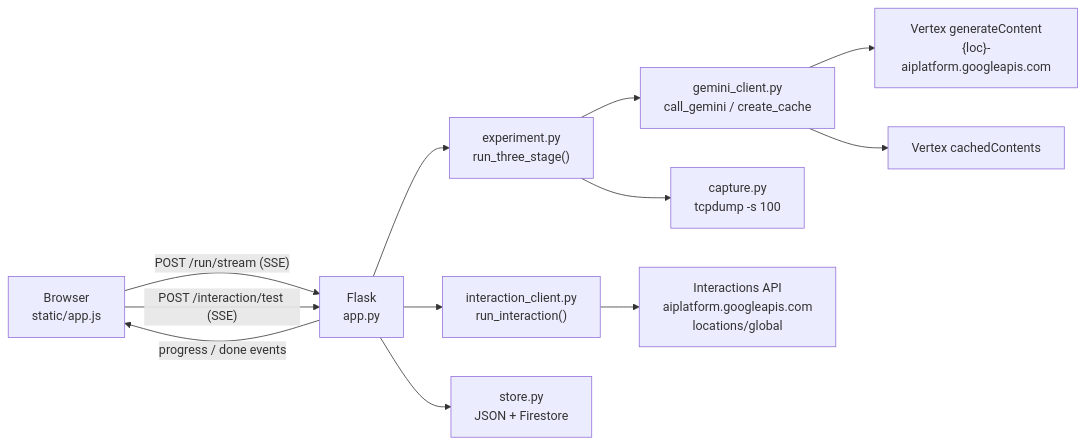
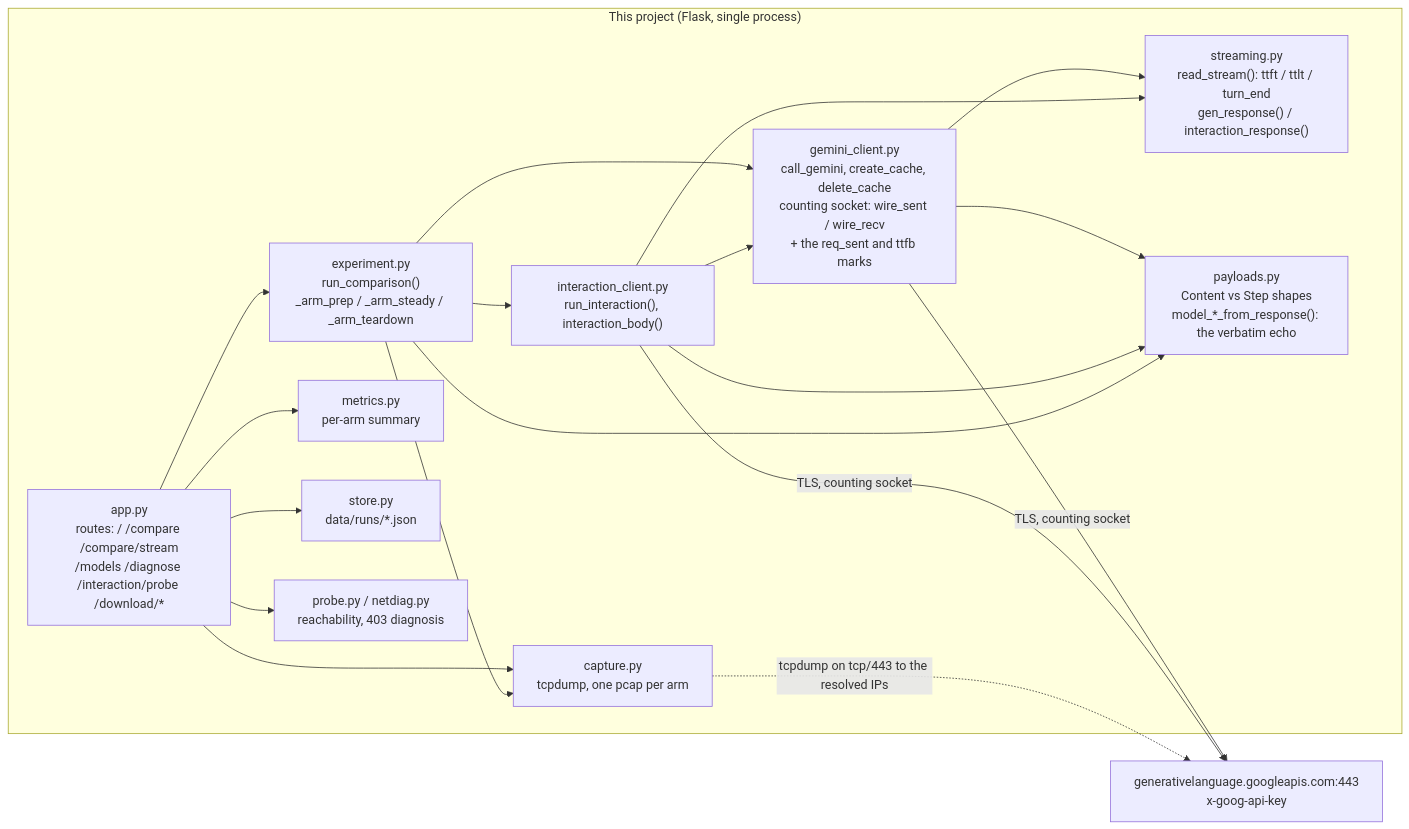
One commit to sangrokhan/remote_work changed the first of 9 diagrams in gemini_token_test/docs/call-flow.md. Above: the diagram before and after it, drawn with Mermaid. The commit also changed other lines of this file and 6 other files, not shown here.

````diff
--- a/gemini_token_test/docs/call-flow.md
+++ b/gemini_token_test/docs/call-flow.md
@@ -14,26 +38,35 @@
 ```mermaid
 flowchart LR
-  UI["Browser<br/>static/app.js"]
-  APP["Flask<br/>app.py"]
-  EXP["experiment.py<br/>run_three_stage()"]
-  GC["gemini_client.py<br/>call_gemini / create_cache"]
-  IC["interaction_client.py<br/>run_interaction()"]
-  CAP["capture.py<br/>tcpdump -s 100"]
-  ST["store.py<br/>JSON + Firestore"]
+    subgraph client["This project (Flask, single process)"]
+        app["app.py<br/>routes: / /compare /compare/stream<br/>/models /diagnose /interaction/probe /download/*"]
+        exp["experiment.py<br/>run_comparison()<br/>_arm_prep / _arm_steady / _arm_teardown"]
+        gc["gemini_client.py<br/>call_gemini, create_cache, delete_cache<br/>counting socket: wire_sent / wire_recv<br/>+ the req_sent and ttfb marks"]
+        ic["interaction_client.py<br/>run_interaction(), interaction_body()"]
+        st["streaming.py<br/>read_stream(): ttft / ttlt / turn_end<br/>gen_response() / interaction_response()"]
+        pl["payloads.py<br/>Content vs Step shapes<br/>model_*_from_response(): the verbatim echo"]
+        cap["capture.py<br/>tcpdump, one pcap per arm"]
+        met["metrics.py<br/>per-arm summary"]
+        store["store.py<br/>data/runs/*.json"]
+        probe["probe.py / netdiag.py<br/>reachability, 403 diagnosis"]
+    end
 
-  V["Vertex generateContent<br/>{loc}-aiplatform.googleapis.com"]
-  C["Vertex cachedContents"]
-  I["Interactions API<br/>aiplatform.googleapis.com<br/>locations/global"]
+    api["generativelanguage.googleapis.com:443<br/>x-goog-api-key"]
 
-  UI -- "POST /run/stream (SSE)" --> APP
-  UI -- "POST /interaction/test (SSE)" --> APP
-  APP --> EXP
-  APP --> IC
-  EXP --> GC
-  EXP --> CAP
-  GC --> V
-  GC --> C
-  IC --> I
-  APP --> ST
-  APP -- "progress / done events" --> UI
+    app --> exp
+    app --> met
+    app --> store
+    app --> probe
+    app --> cap
+    exp --> gc
+    exp --> ic
+    exp --> cap
+    gc --> st
+    ic --> st
+    gc --> pl
+    ic --> pl
+    exp --> pl
+    ic --> gc
+    gc -- "TLS, counting socket" --> api
+    ic -- "TLS, counting socket" --> api
+    cap -. "tcpdump on tcp/443 to the resolved IPs" .-> api
 ```
````
